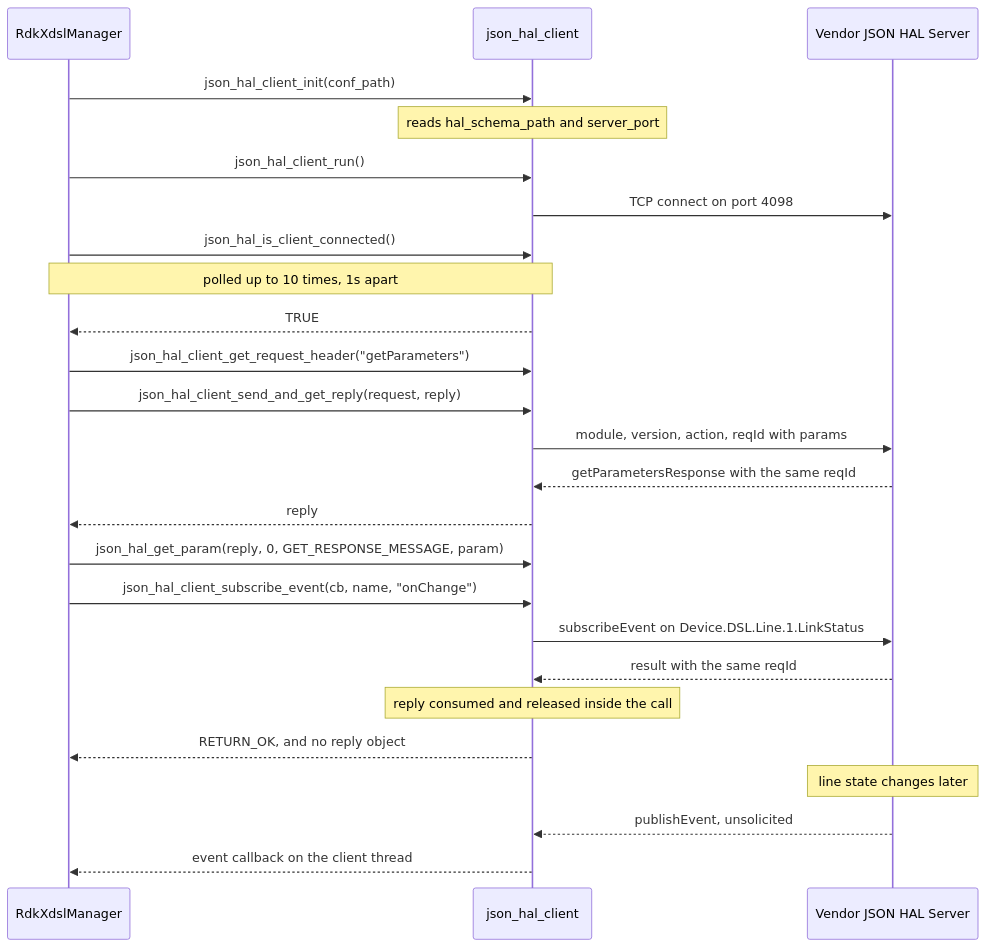
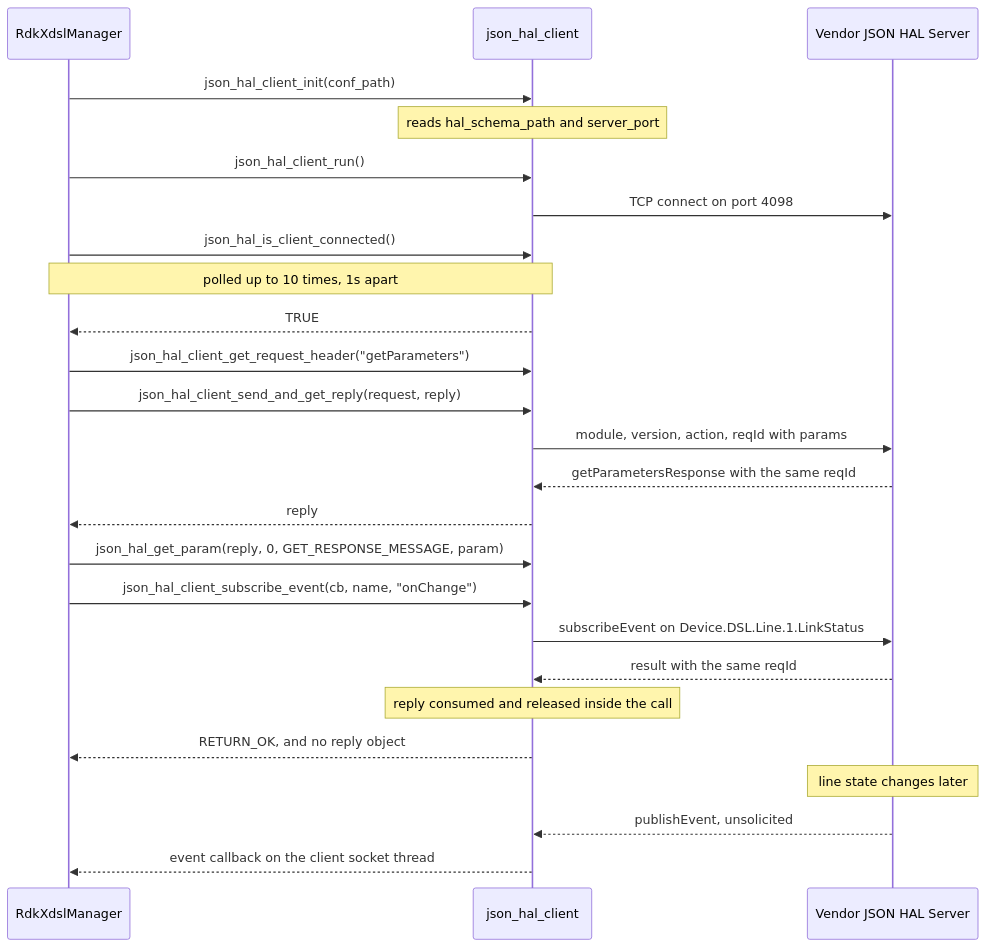
Before and after one commit to Blitzy-Sky/xdsl-manager: the second of 3 diagrams in docs/pages/halSpec.md, drawn with Mermaid. The commit also changed other lines of this file and 2 other files, not shown here.

````diff
--- a/docs/pages/halSpec.md
+++ b/docs/pages/halSpec.md
@@ -1094,27 +579,27 @@
 ```mermaid
 sequenceDiagram
     participant Mgr as RdkXdslManager
     participant Cli as json_hal_client
     participant Srv as Vendor JSON HAL Server
     Mgr->>Cli: json_hal_client_init(conf_path)
     Note over Cli: reads hal_schema_path and server_port
     Mgr->>Cli: json_hal_client_run()
     Cli->>Srv: TCP connect on port 4098
     Mgr->>Cli: json_hal_is_client_connected()
     Note over Mgr,Cli: polled up to 10 times, 1s apart
     Cli-->>Mgr: TRUE
     Mgr->>Cli: json_hal_client_get_request_header("getParameters")
     Mgr->>Cli: json_hal_client_send_and_get_reply(request, reply)
     Cli->>Srv: module, version, action, reqId with params
     Srv-->>Cli: getParametersResponse with the same reqId
     Cli-->>Mgr: reply
     Mgr->>Cli: json_hal_get_param(reply, 0, GET_RESPONSE_MESSAGE, param)
     Mgr->>Cli: json_hal_client_subscribe_event(cb, name, "onChange")
     Cli->>Srv: subscribeEvent on Device.DSL.Line.1.LinkStatus
     Srv-->>Cli: result with the same reqId
     Note over Cli: reply consumed and released inside the call
     Cli-->>Mgr: RETURN_OK, and no reply object
     Note over Srv: line state changes later
     Srv-->>Cli: publishEvent, unsolicited
-    Cli-->>Mgr: event callback on the client thread
+    Cli-->>Mgr: event callback on the client socket thread
 ```
````
